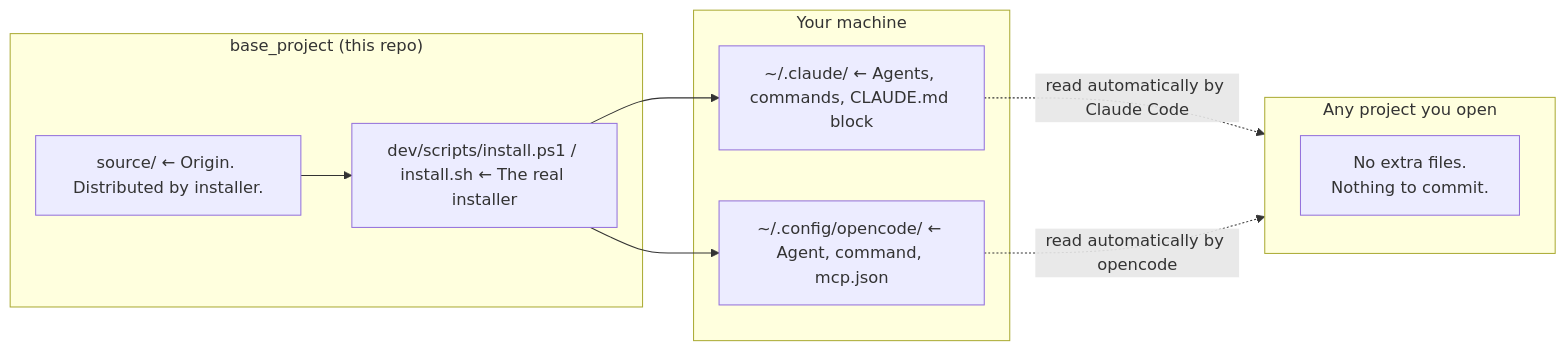
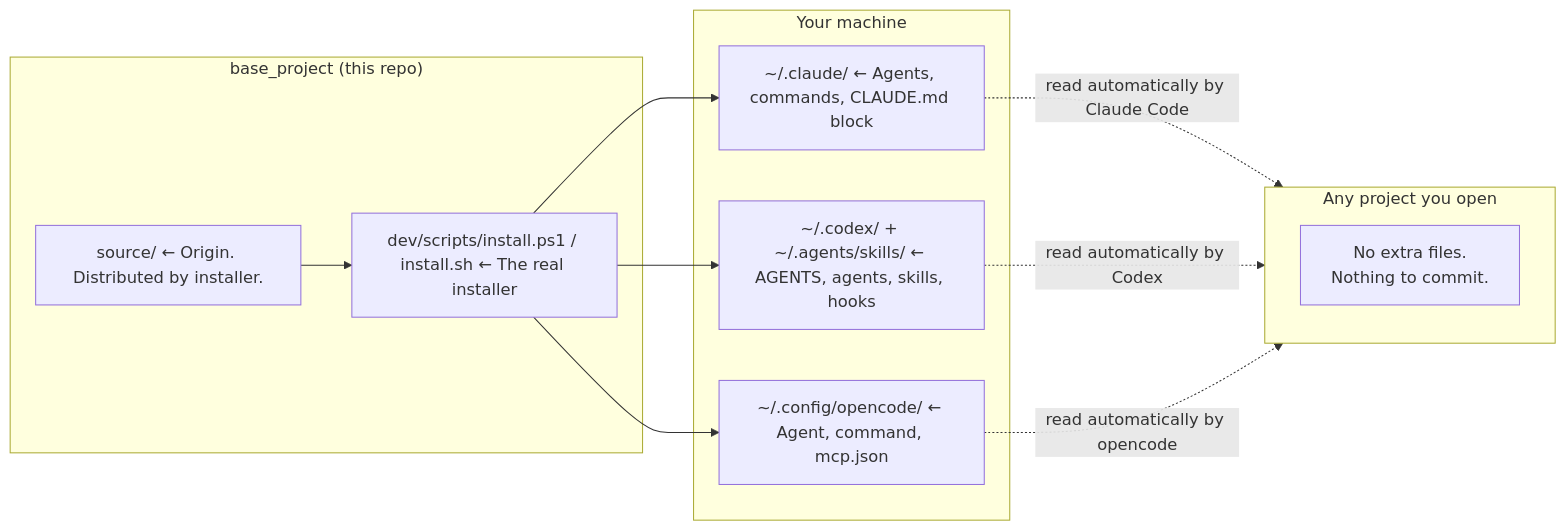
The diagram in README.md (alexmiguel011014-stack/base_project), drawn with Mermaid before and after one commit. The commit also changed other lines of this file and 62 other files, not shown here.

````diff
--- a/README.md
+++ b/README.md
@@ -50,20 +50,23 @@
 ```mermaid
 flowchart LR
     subgraph BP["base_project (this repo)"]
         S["source/ ← Origin. Distributed by installer."]
         I["dev/scripts/install.ps1 / install.sh ← The real installer"]
     end
     subgraph GLOBAL["Your machine"]
         C["~/.claude/ ← Agents, commands, CLAUDE.md block"]
+        X["~/.codex/ + ~/.agents/skills/ ← AGENTS, agents, skills, hooks"]
         O["~/.config/opencode/ ← Agent, command, mcp.json"]
     end
     subgraph PROJ["Any project you open"]
         P["No extra files.<br/>Nothing to commit."]
     end
 
     S --> I
     I --> C
+    I --> X
     I --> O
     C -. read automatically by Claude Code .-> PROJ
+    X -. read automatically by Codex .-> PROJ
     O -. read automatically by opencode .-> PROJ
 ```
````
